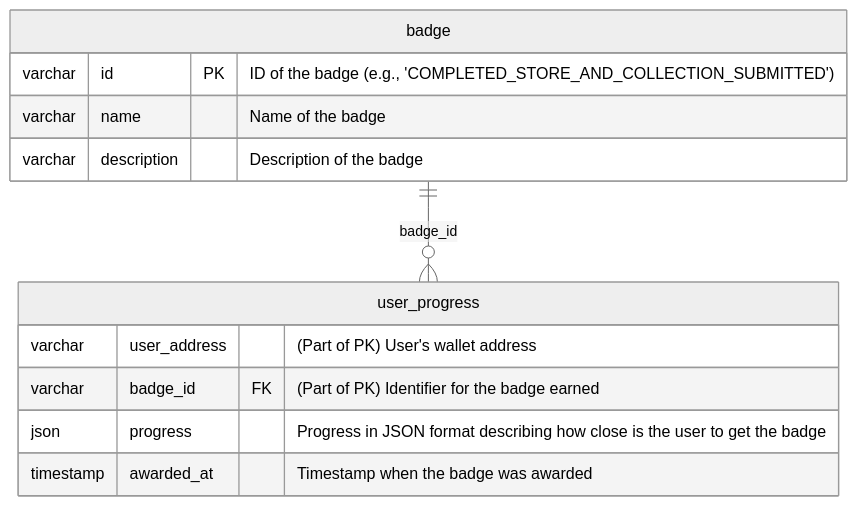
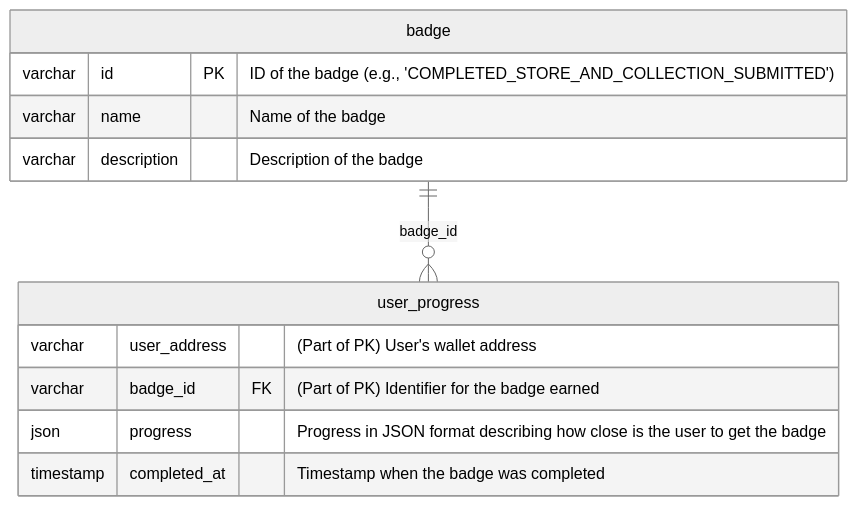
Before and after one commit to decentraland/badges: the diagram in README.md, drawn with Mermaid (neutral theme). The commit also changed 22 other files, not shown here.

````diff
--- a/README.md
+++ b/README.md
@@ -5,16 +5,16 @@
 ```mermaid
 erDiagram
     user_progress {
         varchar user_address "(Part of PK) User's wallet address"
         varchar badge_id FK "(Part of PK) Identifier for the badge earned"
         json progress "Progress in JSON format describing how close is the user to get the badge"
-        timestamp awarded_at "Timestamp when the badge was awarded"
+        timestamp completed_at "Timestamp when the badge was completed"
     }
     badge {
         varchar id PK "ID of the badge (e.g., 'COMPLETED_STORE_AND_COLLECTION_SUBMITTED')"
         varchar name "Name of the badge"
         varchar description "Description of the badge"
     }
 
     badge ||--o{ user_progress : "badge_id"
 ```
````
